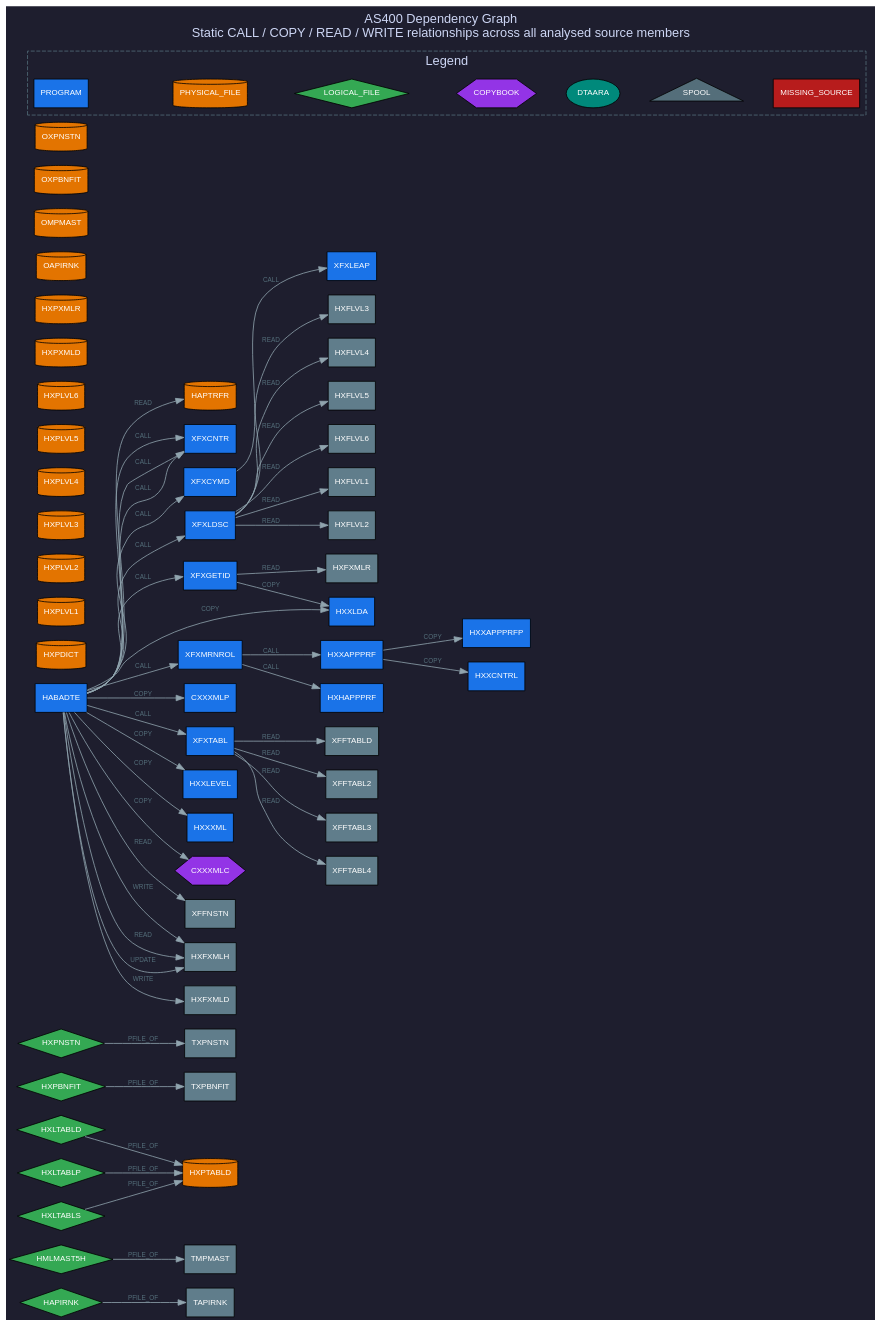
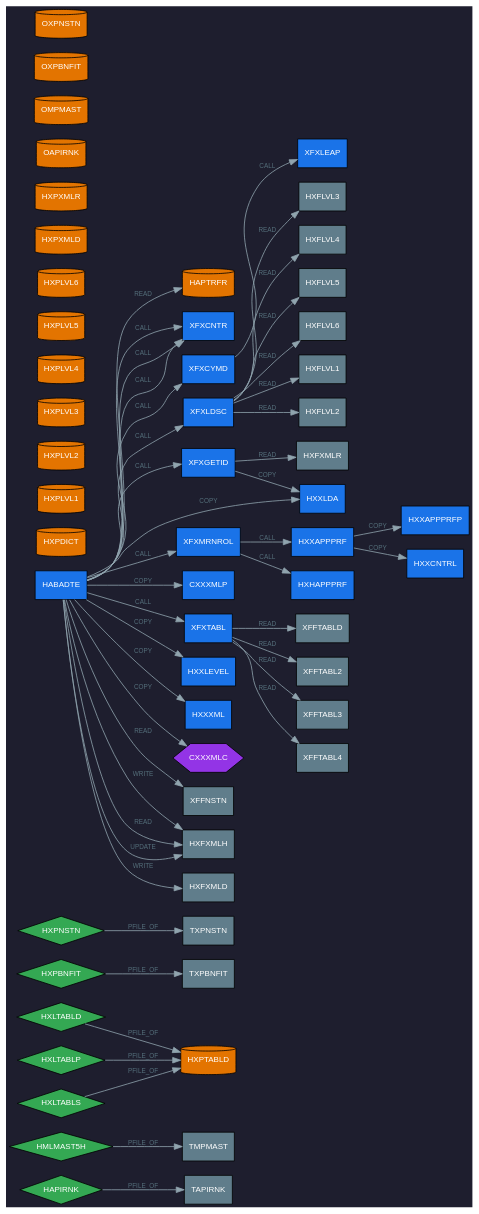
Before and after one commit to gauravgarg284/AS400-ReverseEngineering: the diagram in runs/202607021710/docs/diagrams/DEPENDENCY_GRAPH.dot, drawn with Graphviz. The commit also changed 26 other files, not shown here.

First line of the commit message:
Revert diagram/legend changes on existing run artifacts

```diff
--- a/runs/202607021710/docs/diagrams/DEPENDENCY_GRAPH.dot
+++ b/runs/202607021710/docs/diagrams/DEPENDENCY_GRAPH.dot
@@ -1,139 +1,119 @@
 // AS400 Dependency Graph - Graphviz DOT
-// Every analysed source member and its static CALL/COPY/READ/WRITE edges.
-// Node color/shape = member type (see Legend cluster). [PHI] = PHI-tagged,
-// [MISSING] = source file not found. Rendered top label shows this summary.
 digraph AS400Dependencies {
     rankdir=LR;
-    graph [fontname="Arial" bgcolor="#1e1e2e" fontcolor="#cdd6f4" label="AS400 Dependency Graph\nStatic CALL / COPY / READ / WRITE relationships across all analysed source members" labelloc=t fontsize=16];
+    graph [fontname="Arial" bgcolor="#1e1e2e" fontcolor="#cdd6f4"];
     node  [fontname="Arial" fontsize=10 style=filled fontcolor="white"];
     edge  [fontname="Arial" fontsize=8 color="#90a4ae" fontcolor="#546e7a"];
 
     // LOGICAL_FILE
     HAPIRNK [label="HAPIRNK" fillcolor="#34a853" shape=diamond];
     HMLMAST5H [label="HMLMAST5H" fillcolor="#34a853" shape=diamond];
     HXLTABLD [label="HXLTABLD" fillcolor="#34a853" shape=diamond];
     HXLTABLP [label="HXLTABLP" fillcolor="#34a853" shape=diamond];
     HXLTABLS [label="HXLTABLS" fillcolor="#34a853" shape=diamond];
     HXPBNFIT [label="HXPBNFIT" fillcolor="#34a853" shape=diamond];
     HXPNSTN [label="HXPNSTN" fillcolor="#34a853" shape=diamond];
 
     // PHYSICAL_FILE
     HAPTRFR [label="HAPTRFR" fillcolor="#e37400" shape=cylinder];
     HXPDICT [label="HXPDICT" fillcolor="#e37400" shape=cylinder];
     HXPLVL1 [label="HXPLVL1" fillcolor="#e37400" shape=cylinder];
     HXPLVL2 [label="HXPLVL2" fillcolor="#e37400" shape=cylinder];
     HXPLVL3 [label="HXPLVL3" fillcolor="#e37400" shape=cylinder];
     HXPLVL4 [label="HXPLVL4" fillcolor="#e37400" shape=cylinder];
     HXPLVL5 [label="HXPLVL5" fillcolor="#e37400" shape=cylinder];
     HXPLVL6 [label="HXPLVL6" fillcolor="#e37400" shape=cylinder];
     HXPTABLD [label="HXPTABLD" fillcolor="#e37400" shape=cylinder];
     HXPXMLD [label="HXPXMLD" fillcolor="#e37400" shape=cylinder];
     HXPXMLR [label="HXPXMLR" fillcolor="#e37400" shape=cylinder];
     OAPIRNK [label="OAPIRNK" fillcolor="#e37400" shape=cylinder];
     OMPMAST [label="OMPMAST" fillcolor="#e37400" shape=cylinder];
     OXPBNFIT [label="OXPBNFIT" fillcolor="#e37400" shape=cylinder];
     OXPNSTN [label="OXPNSTN" fillcolor="#e37400" shape=cylinder];
 
     // PROGRAM
     HXXAPPPRF [label="HXXAPPPRF" fillcolor="#1a73e8" shape=box];
     XFXCNTR [label="XFXCNTR" fillcolor="#1a73e8" shape=box];
     XFXCYMD [label="XFXCYMD" fillcolor="#1a73e8" shape=box];
     XFXGETID [label="XFXGETID" fillcolor="#1a73e8" shape=box];
     XFXLDSC [label="XFXLDSC" fillcolor="#1a73e8" shape=box];
     XFXLEAP [label="XFXLEAP" fillcolor="#1a73e8" shape=box];
     XFXMRNROL [label="XFXMRNROL" fillcolor="#1a73e8" shape=box];
     XFXTABL [label="XFXTABL" fillcolor="#1a73e8" shape=box];
     CXXXMLP [label="CXXXMLP" fillcolor="#1a73e8" shape=box];
     HXXAPPPRFP [label="HXXAPPPRFP" fillcolor="#1a73e8" shape=box];
     HXXCNTRL [label="HXXCNTRL" fillcolor="#1a73e8" shape=box];
     HXXLDA [label="HXXLDA" fillcolor="#1a73e8" shape=box];
     HXXLEVEL [label="HXXLEVEL" fillcolor="#1a73e8" shape=box];
     HXXXML [label="HXXXML" fillcolor="#1a73e8" shape=box];
     HABADTE [label="HABADTE" fillcolor="#1a73e8" shape=box];
     HXHAPPPRF [label="HXHAPPPRF" fillcolor="#1a73e8" shape=box];
 
     // COPYBOOK
     CXXXMLC [label="CXXXMLC" fillcolor="#9334e6" shape=hexagon];
 
     // FILE
     TAPIRNK [label="TAPIRNK" fillcolor="#607d8b" shape=box];
     TMPMAST [label="TMPMAST" fillcolor="#607d8b" shape=box];
     TXPBNFIT [label="TXPBNFIT" fillcolor="#607d8b" shape=box];
     TXPNSTN [label="TXPNSTN" fillcolor="#607d8b" shape=box];
     HXFXMLR [label="HXFXMLR" fillcolor="#607d8b" shape=box];
     HXFLVL1 [label="HXFLVL1" fillcolor="#607d8b" shape=box];
     HXFLVL2 [label="HXFLVL2" fillcolor="#607d8b" shape=box];
     HXFLVL3 [label="HXFLVL3" fillcolor="#607d8b" shape=box];
     HXFLVL4 [label="HXFLVL4" fillcolor="#607d8b" shape=box];
     HXFLVL5 [label="HXFLVL5" fillcolor="#607d8b" shape=box];
     HXFLVL6 [label="HXFLVL6" fillcolor="#607d8b" shape=box];
     XFFTABLD [label="XFFTABLD" fillcolor="#607d8b" shape=box];
     XFFTABL2 [label="XFFTABL2" fillcolor="#607d8b" shape=box];
     XFFTABL3 [label="XFFTABL3" fillcolor="#607d8b" shape=box];
     XFFTABL4 [label="XFFTABL4" fillcolor="#607d8b" shape=box];
     XFFNSTN [label="XFFNSTN" fillcolor="#607d8b" shape=box];
     HXFXMLH [label="HXFXMLH" fillcolor="#607d8b" shape=box];
     HXFXMLD [label="HXFXMLD" fillcolor="#607d8b" shape=box];
 
     // Edges
     XFXCYMD -> XFXLEAP [label="CALL"];
     XFXMRNROL -> HXHAPPPRF [label="CALL"];
     XFXMRNROL -> HXXAPPPRF [label="CALL"];
     HABADTE -> XFXMRNROL [label="CALL"];
     HABADTE -> XFXCNTR [label="CALL"];
     HABADTE -> XFXLDSC [label="CALL"];
     HABADTE -> XFXCNTR [label="CALL"];
     HABADTE -> XFXCNTR [label="CALL"];
     HABADTE -> XFXCYMD [label="CALL"];
     HABADTE -> XFXGETID [label="CALL"];
     HABADTE -> XFXTABL [label="CALL"];
     HXXAPPPRF -> HXXCNTRL [label="COPY"];
     HXXAPPPRF -> HXXAPPPRFP [label="COPY"];
     XFXGETID -> HXXLDA [label="COPY"];
     HABADTE -> HXXLDA [label="COPY"];
     HABADTE -> HXXLEVEL [label="COPY"];
     HABADTE -> HXXXML [label="COPY"];
     HABADTE -> CXXXMLP [label="COPY"];
     HABADTE -> CXXXMLC [label="COPY"];
     HAPIRNK -> TAPIRNK [label="PFILE_OF"];
     HMLMAST5H -> TMPMAST [label="PFILE_OF"];
     HXLTABLD -> HXPTABLD [label="PFILE_OF"];
     HXLTABLP -> HXPTABLD [label="PFILE_OF"];
     HXLTABLS -> HXPTABLD [label="PFILE_OF"];
     HXPBNFIT -> TXPBNFIT [label="PFILE_OF"];
     HXPNSTN -> TXPNSTN [label="PFILE_OF"];
     XFXGETID -> HXFXMLR [label="READ"];
     XFXLDSC -> HXFLVL1 [label="READ"];
     XFXLDSC -> HXFLVL2 [label="READ"];
     XFXLDSC -> HXFLVL3 [label="READ"];
     XFXLDSC -> HXFLVL4 [label="READ"];
     XFXLDSC -> HXFLVL5 [label="READ"];
     XFXLDSC -> HXFLVL6 [label="READ"];
     XFXTABL -> XFFTABLD [label="READ"];
     XFXTABL -> XFFTABL2 [label="READ"];
     XFXTABL -> XFFTABL3 [label="READ"];
     XFXTABL -> XFFTABL4 [label="READ"];
     HABADTE -> HAPTRFR [label="READ"];
     HABADTE -> XFFNSTN [label="READ"];
     HABADTE -> HXFXMLH [label="READ"];
     HABADTE -> HXFXMLH [label="UPDATE"];
     HABADTE -> HXFXMLH [label="WRITE"];
     HABADTE -> HXFXMLD [label="WRITE"];
-
-    subgraph cluster_legend {
-        label="Legend"; fontname="Arial"; fontcolor="#cdd6f4"; color="#546e7a"; style=dashed; rank=sink;
-        legend_program [label="PROGRAM" fillcolor="#1a73e8" shape=box];
-        legend_physical_file [label="PHYSICAL_FILE" fillcolor="#e37400" shape=cylinder];
-        legend_logical_file [label="LOGICAL_FILE" fillcolor="#34a853" shape=diamond];
-        legend_copybook [label="COPYBOOK" fillcolor="#9334e6" shape=hexagon];
-        legend_dtaara [label="DTAARA" fillcolor="#00897b" shape=ellipse];
-        legend_spool [label="SPOOL" fillcolor="#546e7a" shape=triangle];
-        legend_missing_source [label="MISSING_SOURCE" fillcolor="#b71c1c" shape=box];
-        legend_program -> legend_physical_file [style=invis];
-        legend_physical_file -> legend_logical_file [style=invis];
-        legend_logical_file -> legend_copybook [style=invis];
-        legend_copybook -> legend_dtaara [style=invis];
-        legend_dtaara -> legend_spool [style=invis];
-        legend_spool -> legend_missing_source [style=invis];
-    }
 }
```
